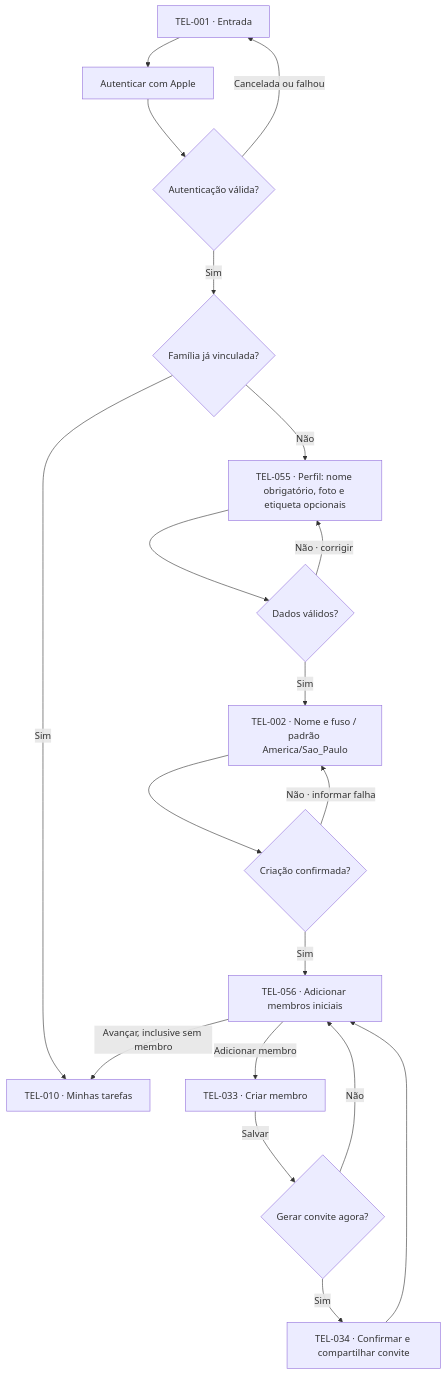
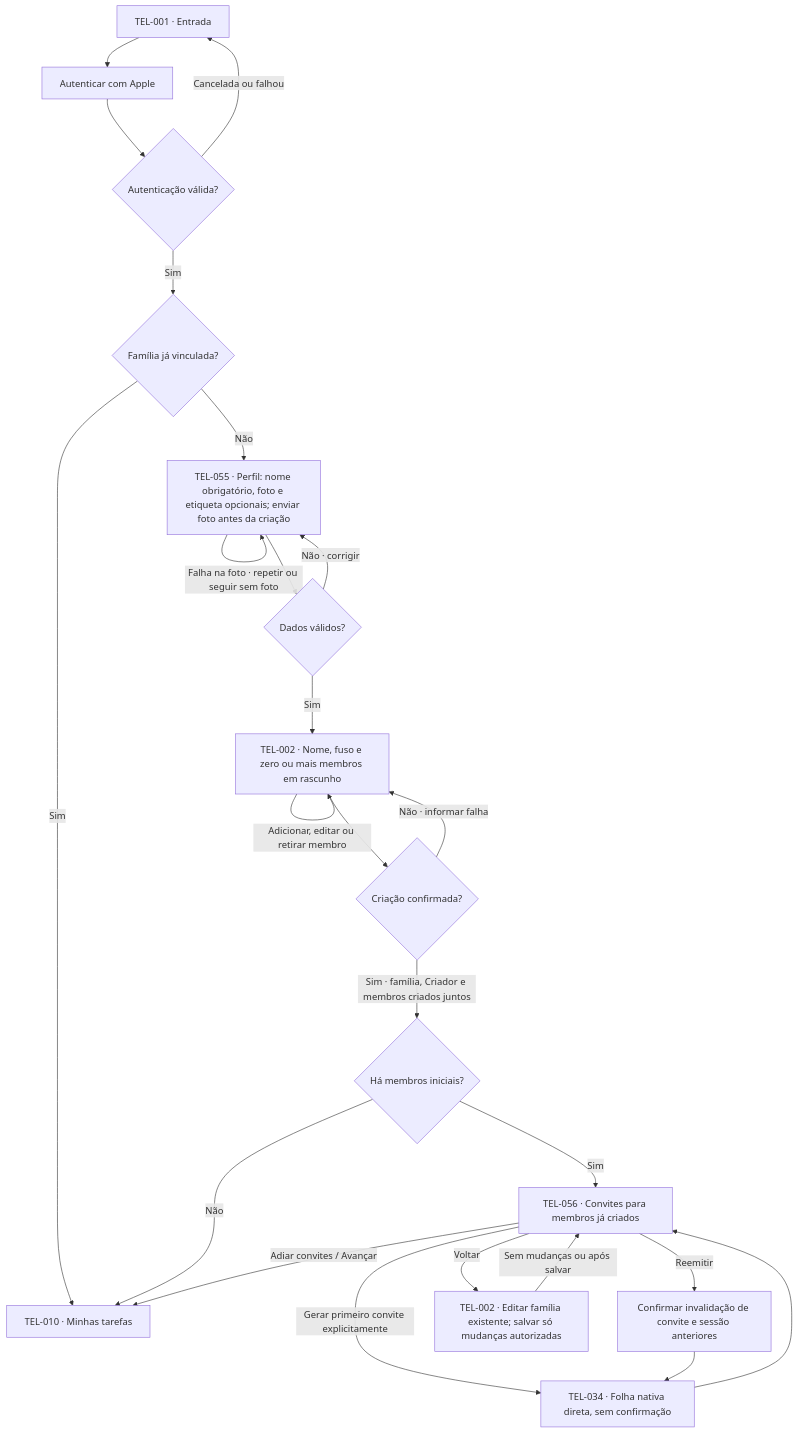
Before and after one commit to lizandramalta/App-Rotina-Familiar: the first of 16 diagrams in docs/design/user-flows.md, drawn with Mermaid. The commit also changed other lines of this file and 24 other files, not shown here.

````diff
--- a/docs/design/user-flows.md
+++ b/docs/design/user-flows.md
@@ -70,21 +70,26 @@
 ```mermaid
 flowchart TD
     A["TEL-001 · Entrada"] --> B["Autenticar com Apple"]
     B --> C{"Autenticação válida?"}
     C -->|Cancelada ou falhou| A
     C -->|Sim| D{"Família já vinculada?"}
     D -->|Sim| H["TEL-010 · Minhas tarefas"]
-    D -->|Não| E["TEL-055 · Perfil: nome obrigatório, foto e etiqueta opcionais"]
+    D -->|Não| E["TEL-055 · Perfil: nome obrigatório, foto e etiqueta opcionais; enviar foto antes da criação"]
+    E -->|Falha na foto · repetir ou seguir sem foto| E
     E --> F{"Dados válidos?"}
     F -->|Não · corrigir| E
-    F -->|Sim| G["TEL-002 · Nome e fuso / padrão America/Sao_Paulo"]
+    F -->|Sim| G["TEL-002 · Nome, fuso e zero ou mais membros em rascunho"]
+    G -->|Adicionar, editar ou retirar membro| G
     G --> I{"Criação confirmada?"}
     I -->|Não · informar falha| G
-    I -->|Sim| J["TEL-056 · Adicionar membros iniciais"]
-    J -->|Adicionar membro| K["TEL-033 · Criar membro"]
-    K -->|Salvar| L{"Gerar convite agora?"}
-    L -->|Sim| M["TEL-034 · Confirmar e compartilhar convite"]
+    I -->|Sim · família, Criador e membros criados juntos| COUNT{"Há membros iniciais?"}
+    COUNT -->|Não| H
+    COUNT -->|Sim| J["TEL-056 · Convites para membros já criados"]
+    J -->|Gerar primeiro convite explicitamente| M["TEL-034 · Folha nativa direta, sem confirmação"]
+    J -->|Reemitir| R["Confirmar invalidação de convite e sessão anteriores"]
+    R --> M
     M --> J
-    L -->|Não| J
-    J -->|Avançar, inclusive sem membro| H
+    J -->|Voltar| EDIT["TEL-002 · Editar família existente; salvar só mudanças autorizadas"]
+    EDIT -->|Sem mudanças ou após salvar| J
+    J -->|Adiar convites / Avançar| H
 ```
````
